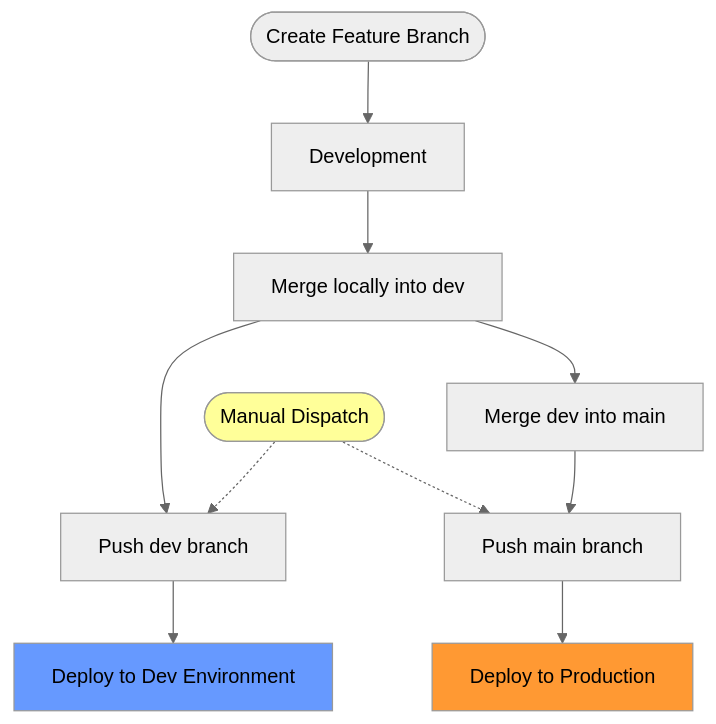
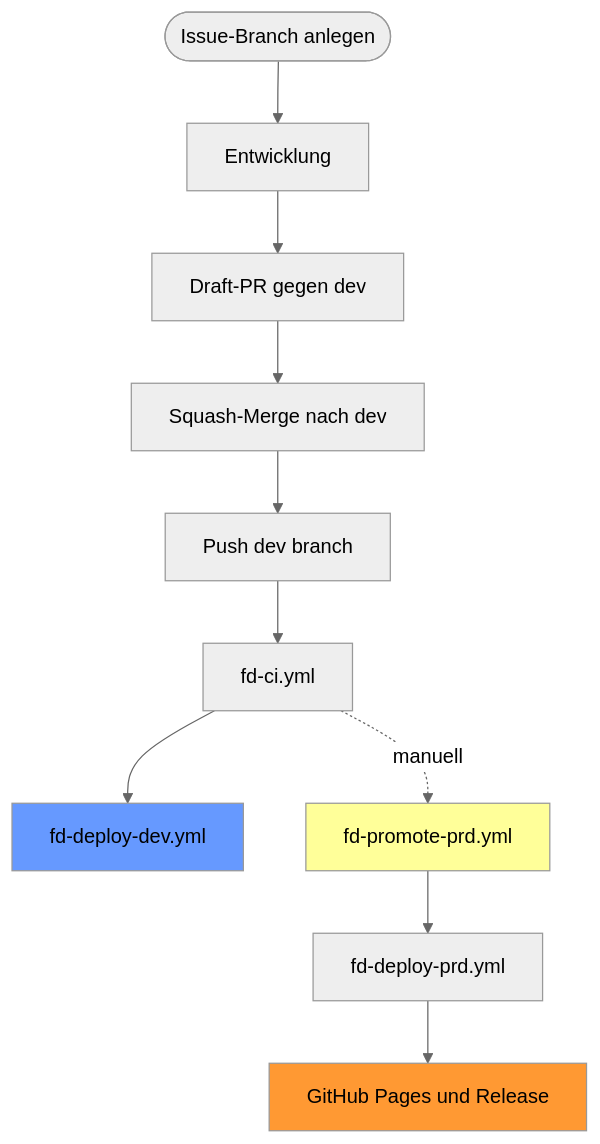
Before and after one commit to Frickeldave/frickeldave.github.io: the diagram in docs/13-dev-branch-naming-strategy.md, drawn with Mermaid (neutral theme). The commit also changed other lines of this file and 26 other files, not shown here.

````diff
--- a/docs/13-dev-branch-naming-strategy.md
+++ b/docs/13-dev-branch-naming-strategy.md
@@ -93,18 +93,17 @@
 ```mermaid
 graph TD
-    Start([Create Feature Branch]) --> DevWork[Development]
-    DevWork --> MergeDev[Merge locally into dev]
-    MergeDev --> PushDev[Push dev branch]
-    PushDev --> DevDeploy[Deploy to Dev Environment]
+    Start([Issue-Branch anlegen]) --> DevWork[Entwicklung]
+    DevWork --> DraftPR[Draft-PR gegen dev]
+    DraftPR --> Squash[Squash-Merge nach dev]
+    Squash --> PushDev[Push dev branch]
+    PushDev --> CiRun[fd-ci.yml]
+    CiRun --> DevDeploy[fd-deploy-dev.yml]
 
-    MergeDev --> MergeMain[Merge dev into main]
-    MergeMain --> PushMain[Push main branch]
-    PushMain --> ProdDeploy[Deploy to Production]
-
-    ManualTrigger([Manual Dispatch]) -.-> PushDev
-    ManualTrigger -.-> PushMain
+    CiRun -. manuell .-> Promote[fd-promote-prd.yml]
+    Promote --> ProdWorkflow[fd-deploy-prd.yml]
+    ProdWorkflow --> ProdDeploy[GitHub Pages und Release]
 
     style DevDeploy fill:#6699ff
     style ProdDeploy fill:#ff9933
-    style ManualTrigger fill:#ffff99
+    style Promote fill:#ffff99
 ```
````
